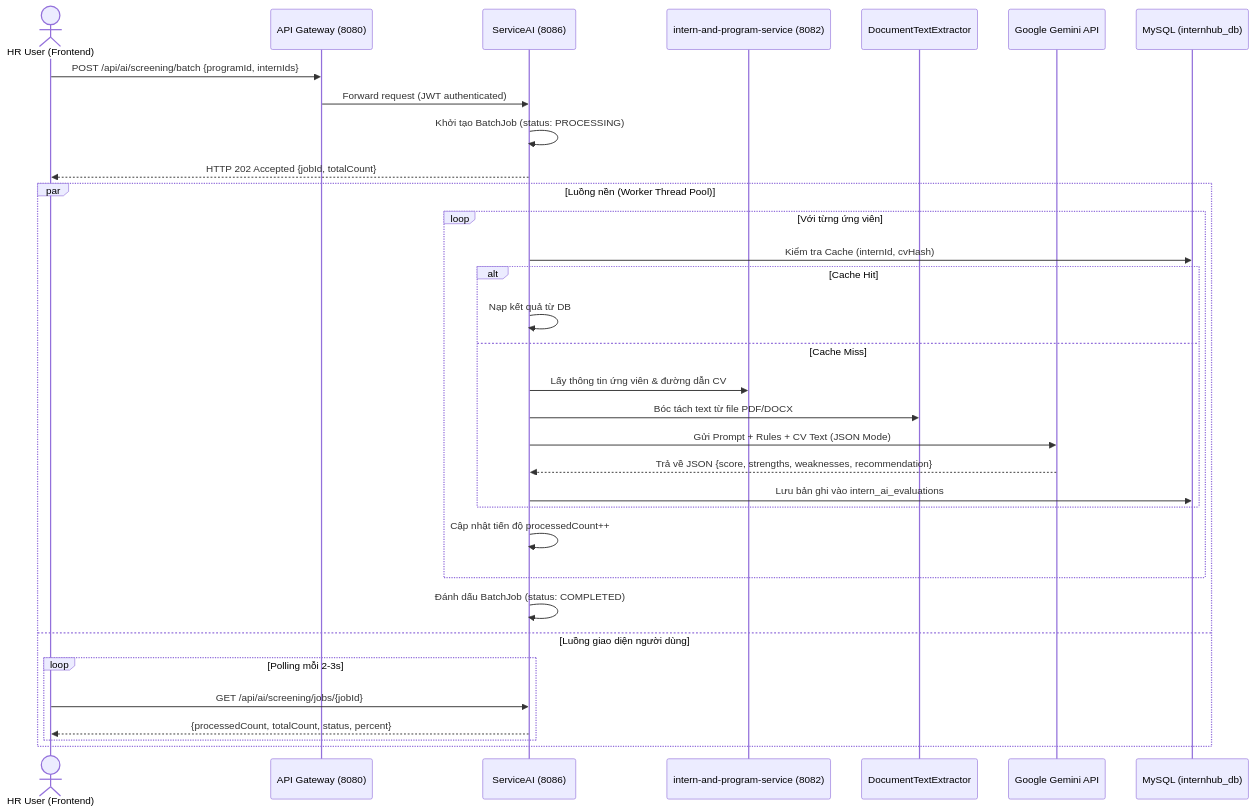
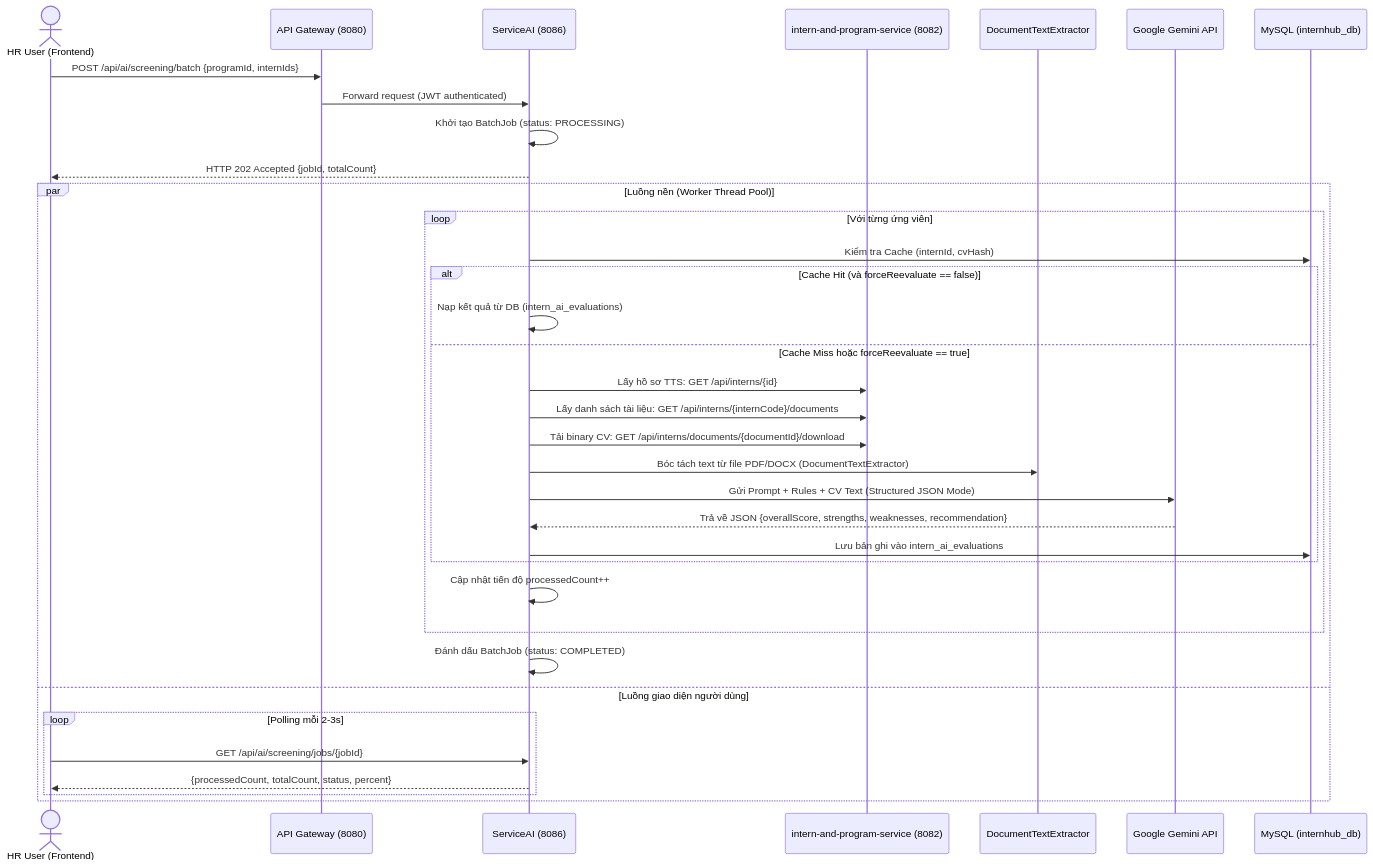
The diagram in docs/specs/TM-103-ai-screening-service-spec.md (khanhld3010/InternHub), drawn with Mermaid before and after one commit. The commit also changed other lines of this file and 22 other files, not shown here.

Commit message:
feat(intern-and-program): multi-program support, getMyProfiles endpoint, CV flag and intern code generation fix

````diff
--- a/docs/specs/TM-103-ai-screening-service-spec.md
+++ b/docs/specs/TM-103-ai-screening-service-spec.md
@@ -52,37 +68,39 @@
 ```mermaid
 sequenceDiagram
     actor HR as HR User (Frontend)
     participant GW as API Gateway (8080)
     participant AI as ServiceAI (8086)
     participant Core as intern-and-program-service (8082)
     participant Ext as DocumentTextExtractor
     participant Gemini as Google Gemini API
     participant DB as MySQL (internhub_db)
 
     HR->>GW: POST /api/ai/screening/batch {programId, internIds}
     GW->>AI: Forward request (JWT authenticated)
     AI->>AI: Khởi tạo BatchJob (status: PROCESSING)
     AI-->>HR: HTTP 202 Accepted {jobId, totalCount}
 
     par Luồng nền (Worker Thread Pool)
         loop Với từng ứng viên
             AI->>DB: Kiểm tra Cache (internId, cvHash)
-            alt Cache Hit
-                AI->>AI: Nạp kết quả từ DB
-            else Cache Miss
-                AI->>Core: Lấy thông tin ứng viên & đường dẫn CV
-                AI->>Ext: Bóc tách text từ file PDF/DOCX
-                AI->>Gemini: Gửi Prompt + Rules + CV Text (JSON Mode)
-                Gemini-->>AI: Trả về JSON {score, strengths, weaknesses, recommendation}
+            alt Cache Hit (và forceReevaluate == false)
+                AI->>AI: Nạp kết quả từ DB (intern_ai_evaluations)
+            else Cache Miss hoặc forceReevaluate == true
+                AI->>Core: Lấy hồ sơ TTS: GET /api/interns/{id}
+                AI->>Core: Lấy danh sách tài liệu: GET /api/interns/{internCode}/documents
+                AI->>Core: Tải binary CV: GET /api/interns/documents/{documentId}/download
+                AI->>Ext: Bóc tách text từ file PDF/DOCX (DocumentTextExtractor)
+                AI->>Gemini: Gửi Prompt + Rules + CV Text (Structured JSON Mode)
+                Gemini-->>AI: Trả về JSON {overallScore, strengths, weaknesses, recommendation}
                 AI->>DB: Lưu bản ghi vào intern_ai_evaluations
             end
             AI->>AI: Cập nhật tiến độ processedCount++
         end
         AI->>AI: Đánh dấu BatchJob (status: COMPLETED)
     and Luồng giao diện người dùng
         loop Polling mỗi 2-3s
             HR->>AI: GET /api/ai/screening/jobs/{jobId}
             AI-->>HR: {processedCount, totalCount, status, percent}
         end
     end
 ```
````
